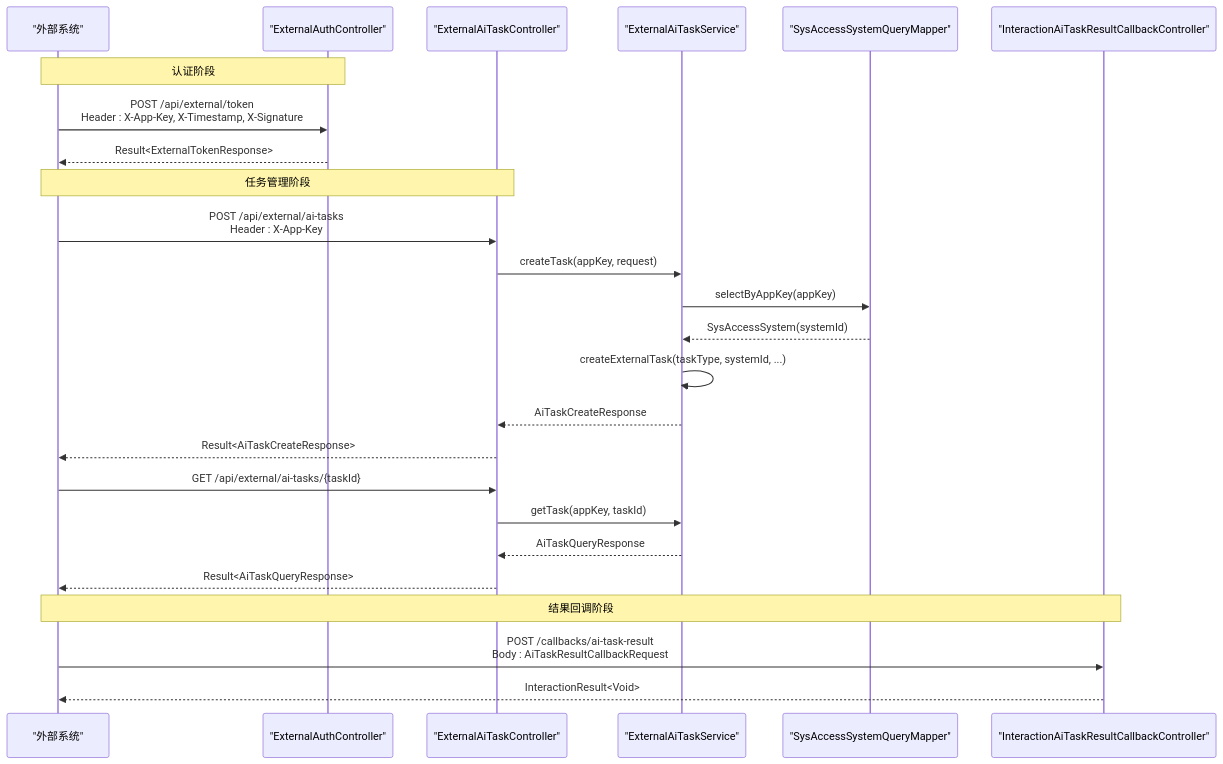
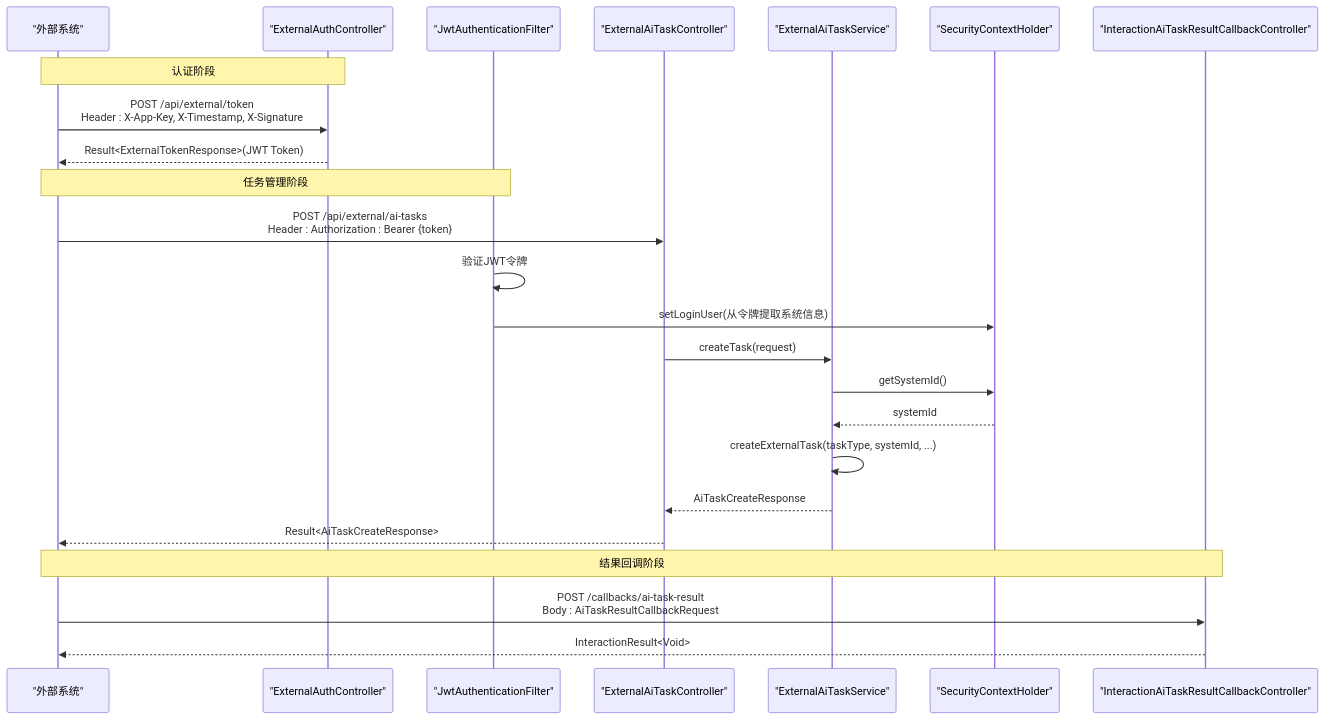
One commit to DrunkFood/First changed the second of 10 diagrams in .qoder/repowiki/zh/content/API接口文档/外部系统集成API/外部AI任务API.md. Above: the diagram before and after it, drawn with Mermaid. The commit also changed other lines of this file and 93 other files, not shown here.

````diff
--- a/.qoder/repowiki/zh/content/API接口文档/外部系统集成API/外部AI任务API.md
+++ b/.qoder/repowiki/zh/content/API接口文档/外部系统集成API/外部AI任务API.md
@@ -107,27 +125,26 @@
 ```mermaid
 sequenceDiagram
 participant Ext as "外部系统"
 participant Auth as "ExternalAuthController"
+participant Filter as "JwtAuthenticationFilter"
 participant TaskCtrl as "ExternalAiTaskController"
 participant TaskSvc as "ExternalAiTaskService"
-participant SysMapper as "SysAccessSystemQueryMapper"
+participant SysCtx as "SecurityContextHolder"
 participant Callback as "InteractionAiTaskResultCallbackController"
 Note over Ext,Auth : 认证阶段
 Ext->>Auth : POST /api/external/token<br/>Header : X-App-Key, X-Timestamp, X-Signature
-Auth-->>Ext : Result<ExternalTokenResponse>
-Note over Ext,TaskCtrl : 任务管理阶段
-Ext->>TaskCtrl : POST /api/external/ai-tasks<br/>Header : X-App-Key
-TaskCtrl->>TaskSvc : createTask(appKey, request)
-TaskSvc->>SysMapper : selectByAppKey(appKey)
-SysMapper-->>TaskSvc : SysAccessSystem(systemId)
+Auth-->>Ext : Result<ExternalTokenResponse>(JWT Token)
+Note over Ext,Filter : 任务管理阶段
+Ext->>TaskCtrl : POST /api/external/ai-tasks<br/>Header : Authorization : Bearer {token}
+Filter->>Filter : 验证JWT令牌
+Filter->>SysCtx : setLoginUser(从令牌提取系统信息)
+TaskCtrl->>TaskSvc : createTask(request)
+TaskSvc->>SysCtx : getSystemId()
+SysCtx-->>TaskSvc : systemId
 TaskSvc->>TaskSvc : createExternalTask(taskType, systemId, ...)
 TaskSvc-->>TaskCtrl : AiTaskCreateResponse
 TaskCtrl-->>Ext : Result<AiTaskCreateResponse>
-Ext->>TaskCtrl : GET /api/external/ai-tasks/{taskId}
-TaskCtrl->>TaskSvc : getTask(appKey, taskId)
-TaskSvc-->>TaskCtrl : AiTaskQueryResponse
-TaskCtrl-->>Ext : Result<AiTaskQueryResponse>
 Note over Ext,Callback : 结果回调阶段
 Ext->>Callback : POST /callbacks/ai-task-result<br/>Body : AiTaskResultCallbackRequest
 Callback-->>Ext : InteractionResult<Void>
 ```
````
